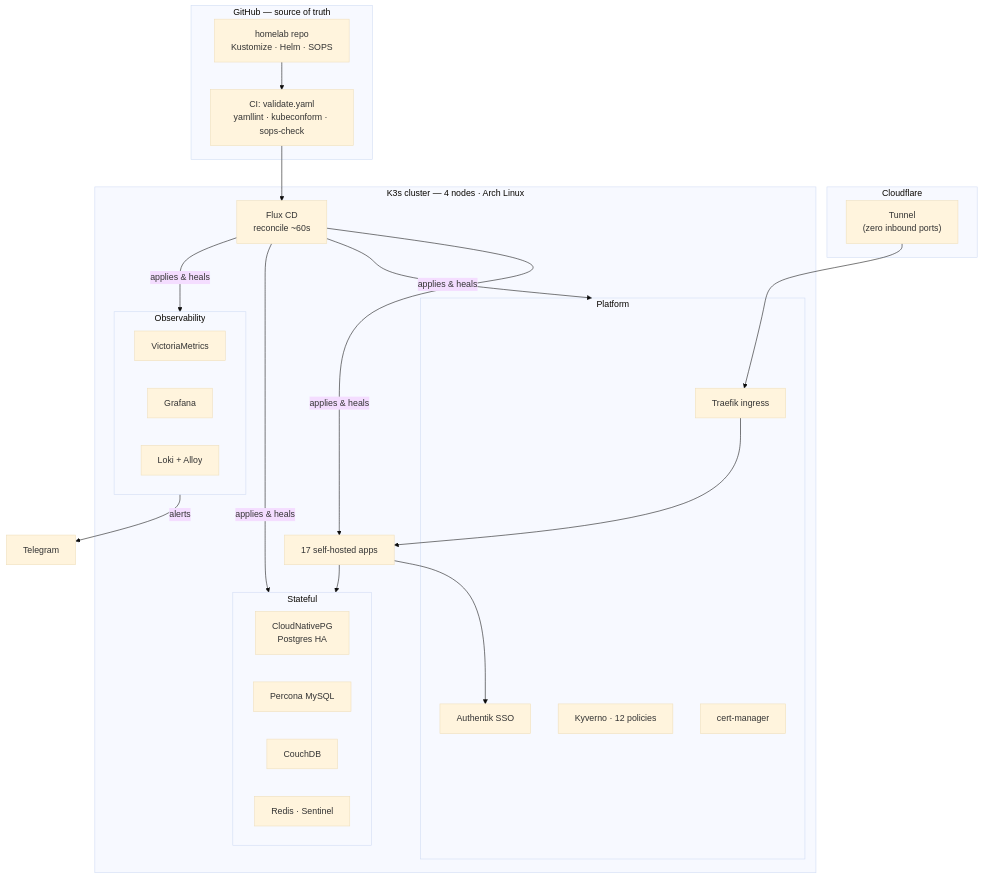
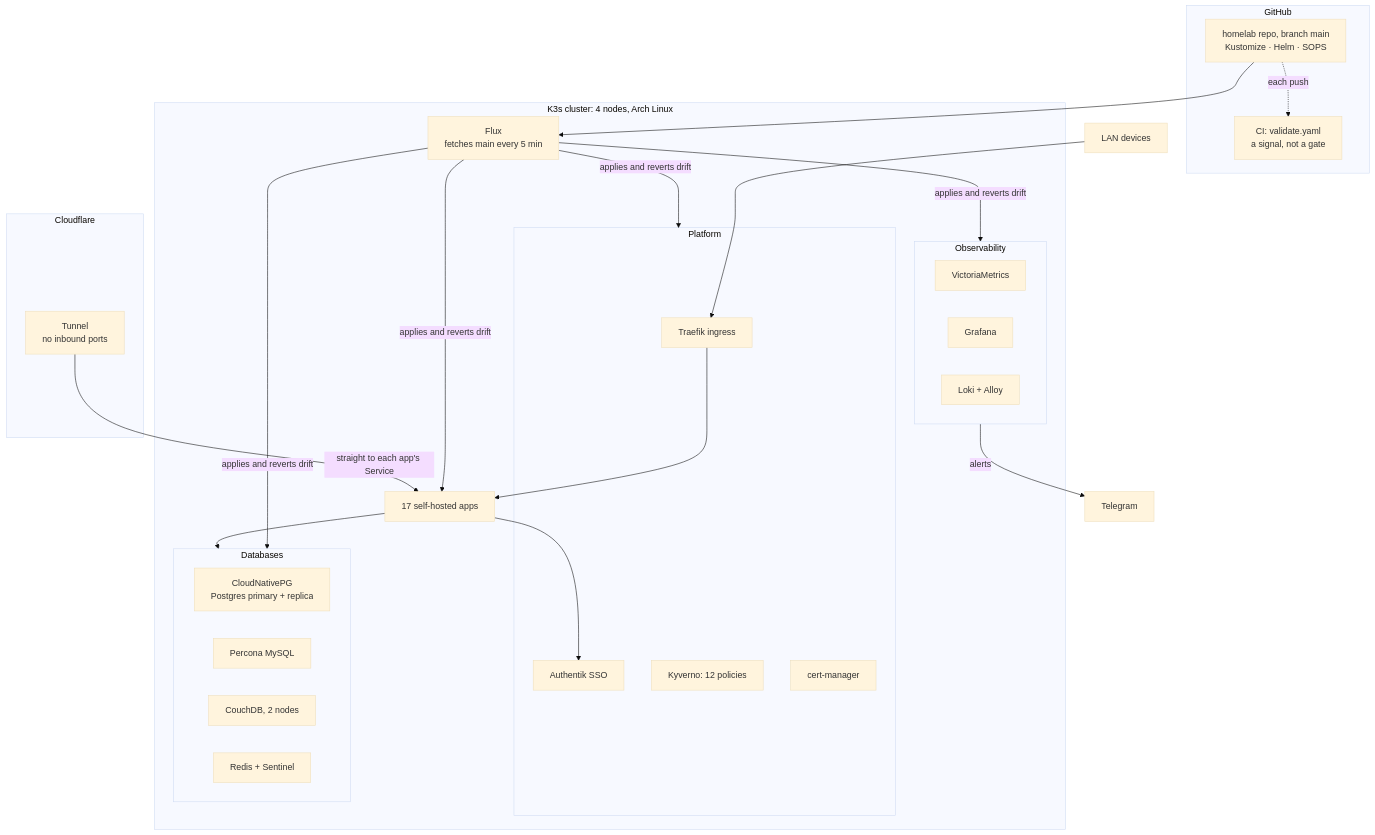
One commit to AKhozya/homelab changed the diagram in README.md. Above: the diagram before and after it, drawn with Mermaid (base theme). The commit also changed other lines of this file and 1 other file, not shown here.

Commit message:
docs: rewrite README and ARCHITECTURE in plain English with re-derived facts and refreshed diagrams

````diff
--- a/README.md
+++ b/README.md
@@ -18,37 +22,39 @@
 ```mermaid
 flowchart TB
-    subgraph GH["GitHub — source of truth"]
-        REPO["homelab repo<br/>Kustomize · Helm · SOPS"]
-        CI["CI: validate.yaml<br/>yamllint · kubeconform · sops-check"]
+    subgraph GH["GitHub"]
+        REPO["homelab repo, branch main<br/>Kustomize · Helm · SOPS"]
+        CI["CI: validate.yaml<br/>a signal, not a gate"]
     end
     subgraph CF["Cloudflare"]
-        TUN["Tunnel<br/>(zero inbound ports)"]
+        TUN["Tunnel<br/>no inbound ports"]
     end
-    subgraph K3S["K3s cluster — 4 nodes · Arch Linux"]
-        FLUX["Flux CD<br/>reconcile ~60s"]
+    subgraph K3S["K3s cluster: 4 nodes, Arch Linux"]
+        FLUX["Flux<br/>fetches main every 5 min"]
         subgraph PLAT["Platform"]
             TRAEFIK["Traefik ingress"]
             AUTH["Authentik SSO"]
-            KYV["Kyverno · 12 policies"]
+            KYV["Kyverno: 12 policies"]
             CERT["cert-manager"]
         end
-        subgraph DATA["Stateful"]
-            PG["CloudNativePG<br/>Postgres HA"]
+        subgraph DATA["Databases"]
+            PG["CloudNativePG<br/>Postgres primary + replica"]
             MY["Percona MySQL"]
-            CDB["CouchDB"]
-            RDS["Redis · Sentinel"]
+            CDB["CouchDB, 2 nodes"]
+            RDS["Redis + Sentinel"]
         end
         subgraph OBS["Observability"]
             VM["VictoriaMetrics"]
             GRAF["Grafana"]
             LOKI["Loki + Alloy"]
         end
         APPS["17 self-hosted apps"]
     end
-    REPO --> CI --> FLUX
-    FLUX -->|applies & heals| PLAT & DATA & OBS & APPS
-    TUN --> TRAEFIK --> APPS
+    REPO -.->|each push| CI
+    REPO --> FLUX
+    FLUX -->|applies and reverts drift| PLAT & DATA & OBS & APPS
+    LAN["LAN devices"] --> TRAEFIK --> APPS
+    TUN -->|straight to each app's Service| APPS
     APPS --> AUTH
     APPS --> DATA
     OBS -->|alerts| TG["Telegram"]
 ```
````
